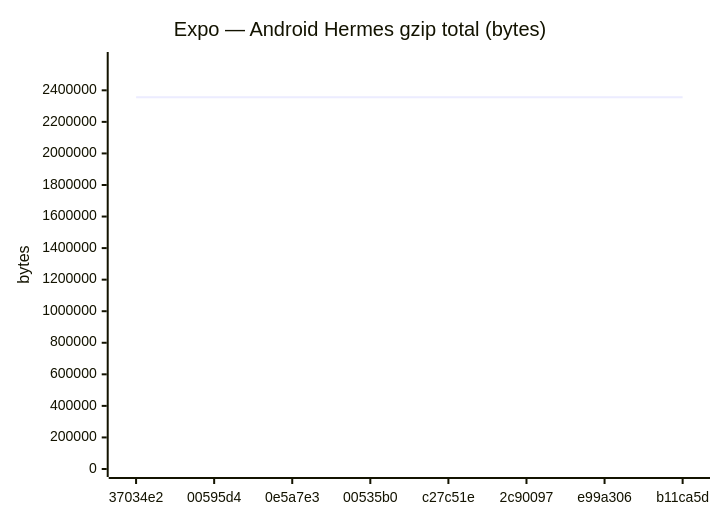
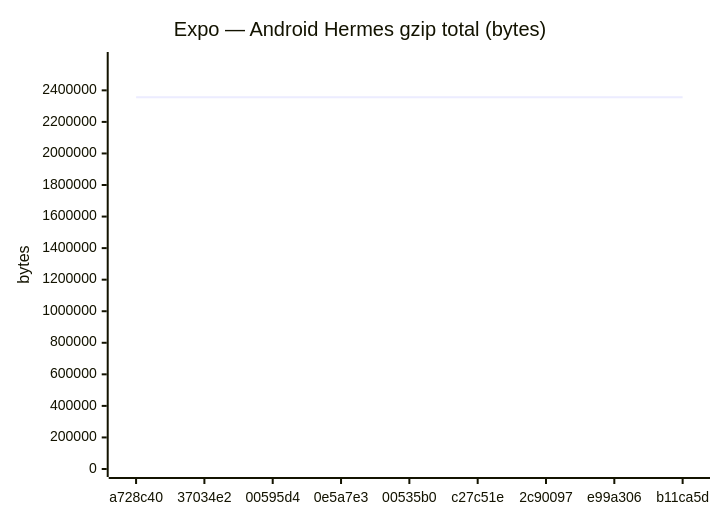
Before and after one commit to Metaheurist/Rianell: the seventh of 24 diagrams in benchmarks/compare.md, drawn with Mermaid. The commit also changed other lines of this file and 12 other files, not shown here.

````diff
--- a/benchmarks/compare.md
+++ b/benchmarks/compare.md
@@ -108,7 +112,7 @@
 ```mermaid
 xychart-beta
     title "Expo — Android Hermes gzip total (bytes)"
-    x-axis ["37034e2", "00595d4", "0e5a7e3", "00535b0", "c27c51e", "2c90097", "e99a306", "b11ca5d"]
-    y-axis "bytes" 0 --> 2592122
-    line [2356472, 2356474, 2356472, 2356301, 2356304, 2356302, 2356302, 2356299]
+    x-axis ["a728c40", "37034e2", "00595d4", "0e5a7e3", "00535b0", "c27c51e", "2c90097", "e99a306", "b11ca5d"]
+    y-axis "bytes" 0 --> 2592354
+    line [2356685, 2356472, 2356474, 2356472, 2356301, 2356304, 2356302, 2356302, 2356299]
 ```
````
